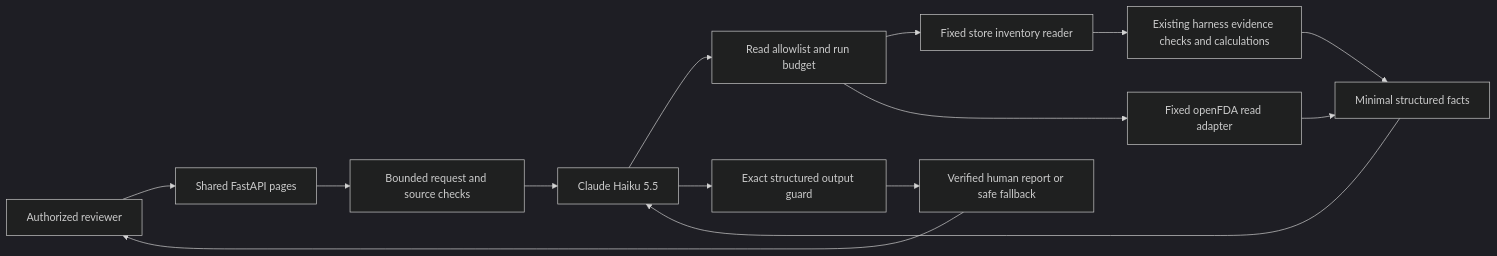
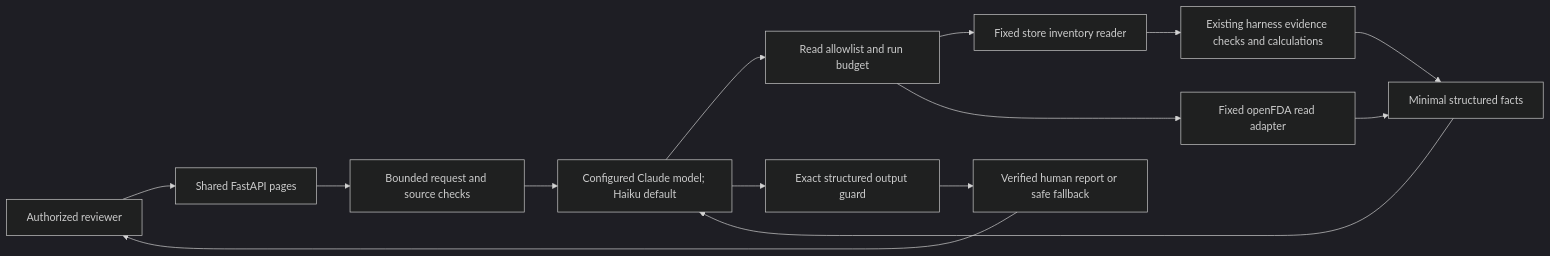
The diagram in docs/architecture/Pharmacy-Web-Agent-Architecture.md (emmanuelID-cmd/Pharmacy-AGENT), drawn with Mermaid (dark theme) before and after one commit. The commit also changed 5 other files, not shown here.

````diff
--- a/docs/architecture/Pharmacy-Web-Agent-Architecture.md
+++ b/docs/architecture/Pharmacy-Web-Agent-Architecture.md
@@ -6,16 +6,16 @@
 ```mermaid
 flowchart LR
     User[Authorized reviewer] --> Web[Shared FastAPI pages]
     Web --> Intake[Bounded request and source checks]
-    Intake --> Claude[Claude Haiku 5.5]
+    Intake --> Claude[Configured Claude model; Haiku default]
     Claude --> Guard[Read allowlist and run budget]
     Guard --> Inventory[Fixed store inventory reader]
     Guard --> FDA[Fixed openFDA read adapter]
     Inventory --> Verify[Existing harness evidence checks and calculations]
     Verify --> Context[Minimal structured facts]
     FDA --> Context
     Context --> Claude
     Claude --> Output[Exact structured output guard]
     Output --> Report[Verified human report or safe fallback]
     Report --> User
 ```
````
